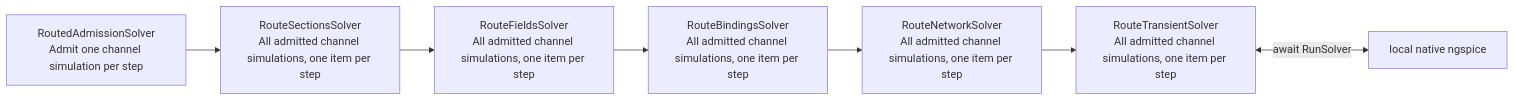
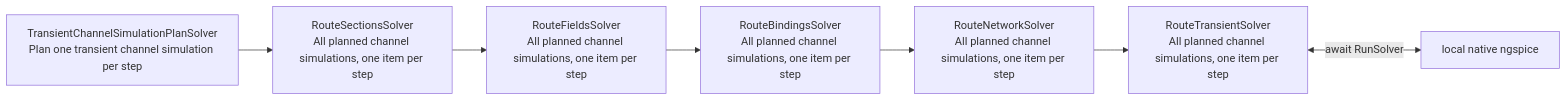
Before and after one commit to draarivpatel-ui/signal-integrity-pipeline: the second of 3 diagrams in README.md, drawn with Mermaid. The commit also changed other lines of this file and 14 other files, not shown here.

Commit message:
Use transient channel simulation plan naming in #108

````diff
--- a/README.md
+++ b/README.md
@@ -98,15 +98,15 @@
 ```mermaid
 flowchart LR
-  s0["RoutedAdmissionSolver<br/>Admit one channel simulation per step"]
-  s1["RouteSectionsSolver<br/>All admitted channel simulations, one item per step"]
-  s2["RouteFieldsSolver<br/>All admitted channel simulations, one item per step"]
-  s3["RouteBindingsSolver<br/>All admitted channel simulations, one item per step"]
-  s4["RouteNetworkSolver<br/>All admitted channel simulations, one item per step"]
-  s5["RouteTransientSolver<br/>All admitted channel simulations, one item per step"]
+  s0["TransientChannelSimulationPlanSolver<br/>Plan one transient channel simulation per step"]
+  s1["RouteSectionsSolver<br/>All planned channel simulations, one item per step"]
+  s2["RouteFieldsSolver<br/>All planned channel simulations, one item per step"]
+  s3["RouteBindingsSolver<br/>All planned channel simulations, one item per step"]
+  s4["RouteNetworkSolver<br/>All planned channel simulations, one item per step"]
+  s5["RouteTransientSolver<br/>All planned channel simulations, one item per step"]
   s0 --> s1
   s1 --> s2
   s2 --> s3
   s3 --> s4
   s4 --> s5
   s5 <-->|"await RunSolver"| engine["local native ngspice"]
 ```
````
